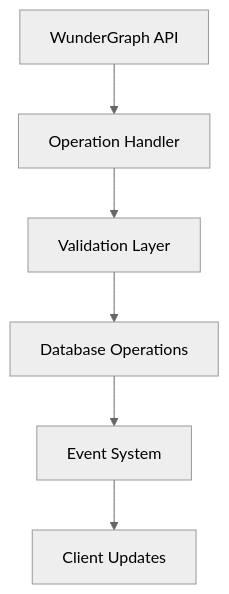
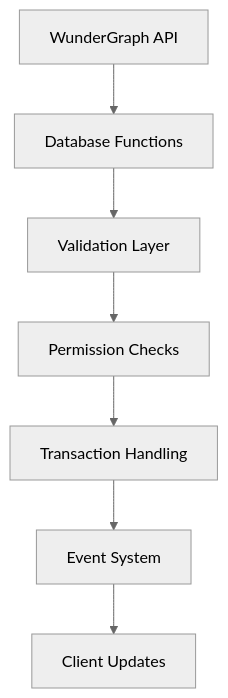
Before and after one commit to VisioncreatorEarth/visioncreator: the second of 7 diagrams in apps/app/src/routes/local/documentation/COMPOSITES-ARCHITECTURE.md, drawn with Mermaid (neutral theme). The commit also changed other lines of this file and 5 other files, not shown here.

Commit message:
Refactoring edit, patching and variation mode into direct database functions instead of api layer

````diff
--- a/apps/app/src/routes/local/documentation/COMPOSITES-ARCHITECTURE.md
+++ b/apps/app/src/routes/local/documentation/COMPOSITES-ARCHITECTURE.md
@@ -143,8 +145,9 @@
 ```mermaid
 graph TD
-    A[WunderGraph API] --> B[Operation Handler]
+    A[WunderGraph API] --> B[Database Functions]
     B --> C[Validation Layer]
-    C --> D[Database Operations]
-    D --> E[Event System]
-    E --> F[Client Updates]
+    C --> D[Permission Checks]
+    D --> E[Transaction Handling]
+    E --> F[Event System]
+    F --> G[Client Updates]
 ```
````
